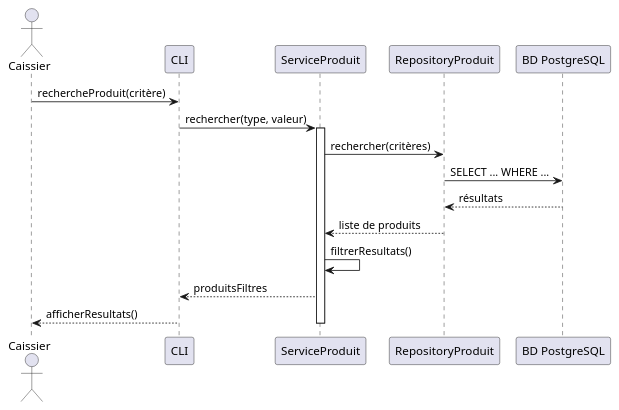
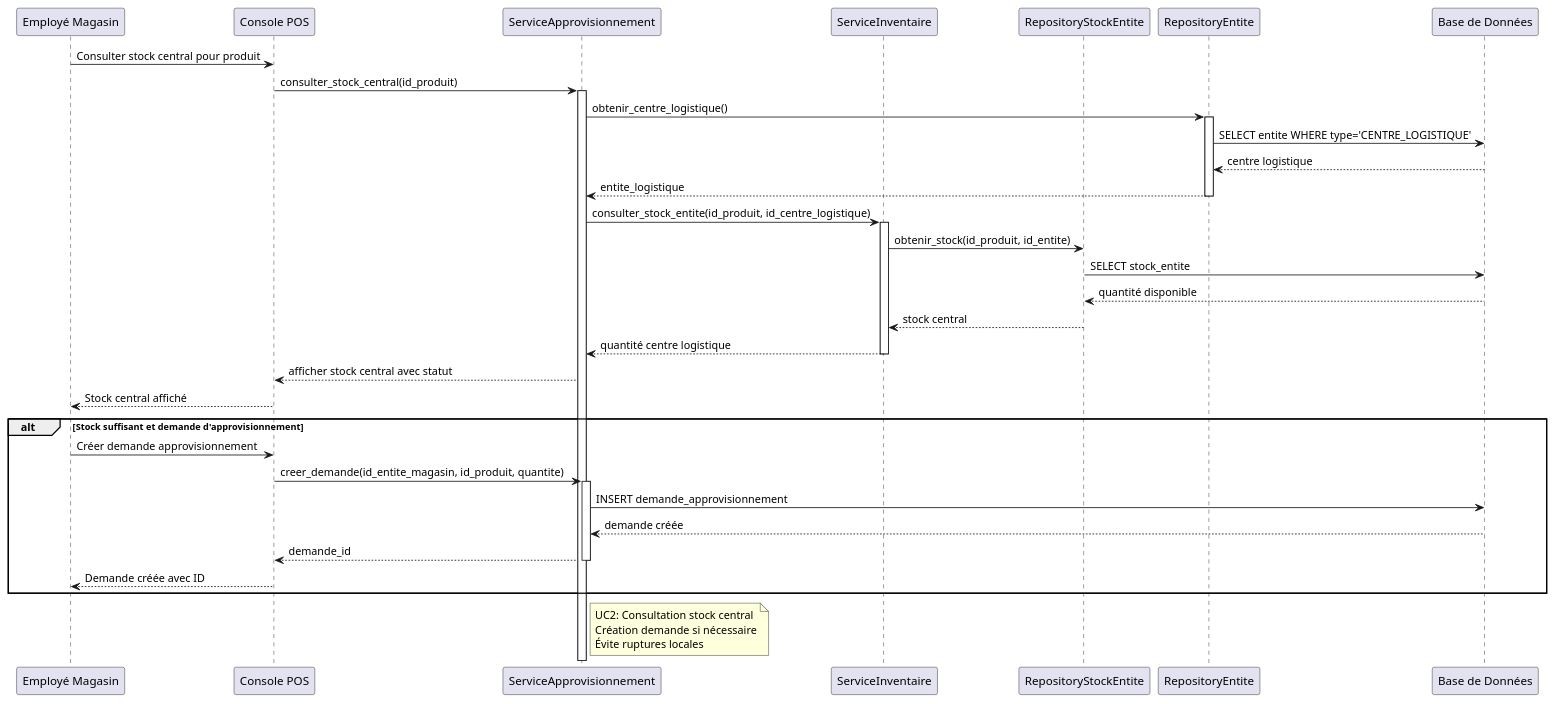
Before and after one commit to MelvinSDRS/log430-lab7-bis: the diagram in docs/uml/sequence_recherche.puml, drawn with PlantUML. The commit also changed 47 other files, not shown here.

```diff
--- a/docs/uml/sequence_recherche.puml
+++ b/docs/uml/sequence_recherche.puml
@@ -1,19 +1,52 @@
 @startuml
-actor Caissier
-participant "CLI" as UI
-participant "ServiceProduit" as Service
-participant "RepositoryProduit" as RepoProduit
-participant "BD PostgreSQL" as BD
+participant "Employé Magasin" as EM
+participant "Console POS" as UI
+participant "ServiceApprovisionnement" as SA
+participant "ServiceInventaire" as SI
+participant "RepositoryStockEntite" as RSE
+participant "RepositoryEntite" as RE
+participant "Base de Données" as BD
 
-Caissier -> UI: rechercheProduit(critère)
-UI -> Service: rechercher(type, valeur)
-activate Service
-Service -> RepoProduit: rechercher(critères)
-RepoProduit -> BD: SELECT ... WHERE ...
-BD --> RepoProduit: résultats
-RepoProduit --> Service: liste de produits
-Service -> Service: filtrerResultats()
-Service --> UI: produitsFiltres
-UI --> Caissier: afficherResultats()
-deactivate Service
+EM -> UI: Consulter stock central pour produit
+UI -> SA: consulter_stock_central(id_produit)
+activate SA
+
+SA -> RE: obtenir_centre_logistique()
+activate RE
+RE -> BD: SELECT entite WHERE type='CENTRE_LOGISTIQUE'
+BD --> RE: centre logistique
+RE --> SA: entite_logistique
+deactivate RE
+
+SA -> SI: consulter_stock_entite(id_produit, id_centre_logistique)
+activate SI
+SI -> RSE: obtenir_stock(id_produit, id_entite)
+RSE -> BD: SELECT stock_entite
+BD --> RSE: quantité disponible
+RSE --> SI: stock central
+SI --> SA: quantité centre logistique
+deactivate SI
+
+SA --> UI: afficher stock central avec statut
+UI --> EM: Stock central affiché
+
+alt Stock suffisant et demande d'approvisionnement
+    EM -> UI: Créer demande approvisionnement
+    UI -> SA: creer_demande(id_entite_magasin, id_produit, quantite)
+    activate SA
+    
+    SA -> BD: INSERT demande_approvisionnement
+    BD --> SA: demande créée
+    
+    SA --> UI: demande_id
+    deactivate SA
+    UI --> EM: Demande créée avec ID
+end
+
+note right of SA
+  UC2: Consultation stock central
+  Création demande si nécessaire
+  Évite ruptures locales
+end note
+
 @enduml 
```
